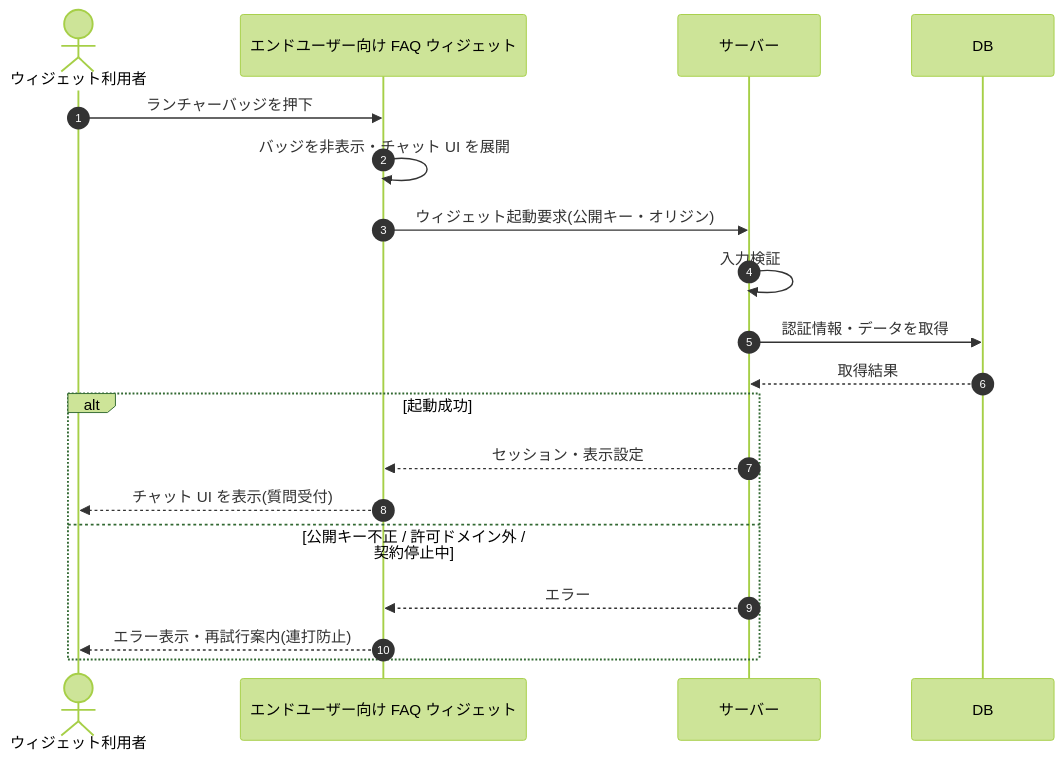
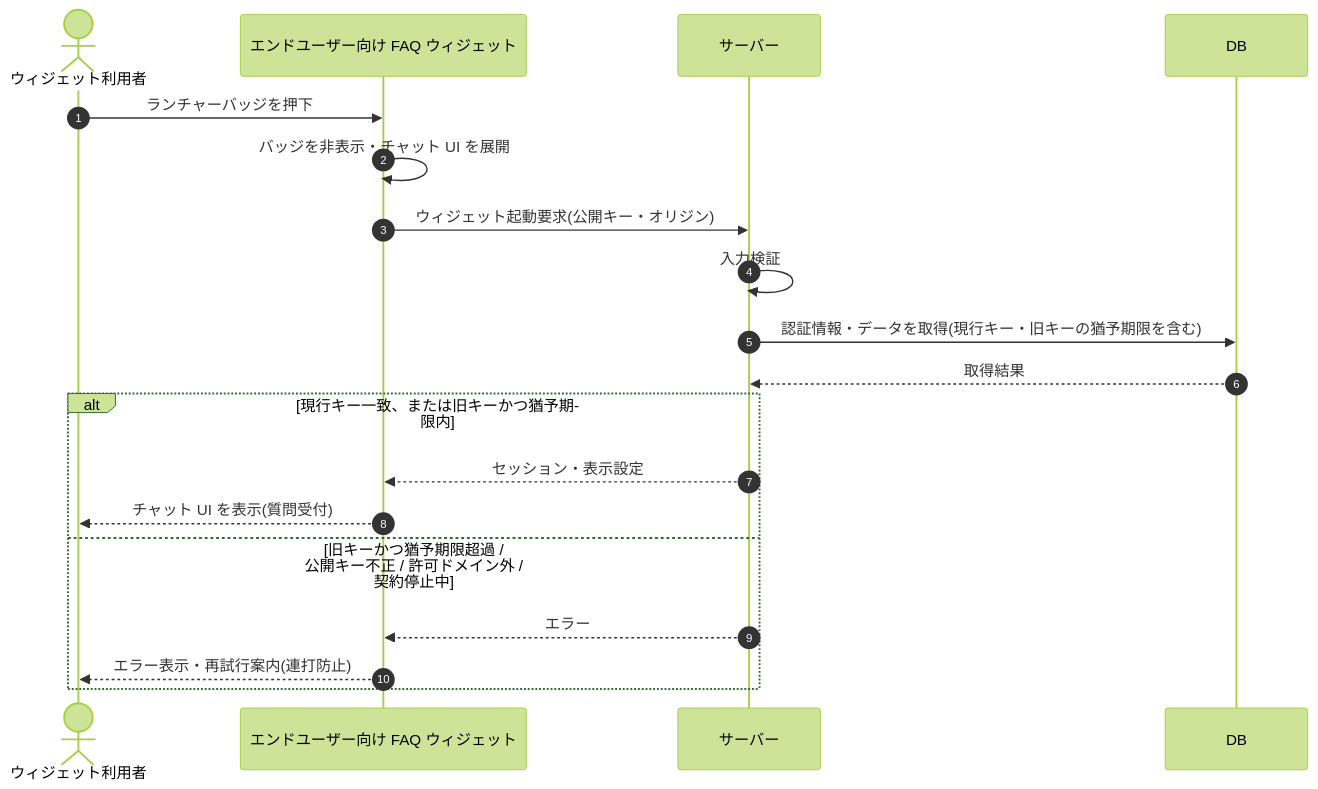
One commit to sikakou54/open-faq changed the diagram in 02_basic_design/03_sequences/SEQ-087.md. Above: the diagram before and after it, drawn with Mermaid (forest theme). The commit also changed other lines of this file and 66 other files, not shown here.

````diff
--- a/02_basic_design/03_sequences/SEQ-087.md
+++ b/02_basic_design/03_sequences/SEQ-087.md
@@ -24,21 +24,21 @@
 ```mermaid
 sequenceDiagram
   autonumber
   actor U as ウィジェット利用者
   participant Screen as エンドユーザー向け FAQ ウィジェット
   participant Server as サーバー
   participant DB as DB
   U->>Screen: ランチャーバッジを押下
   Screen->>Screen: バッジを非表示・チャット UI を展開
   Screen->>Server: ウィジェット起動要求(公開キー・オリジン)
   Server->>Server: 入力検証
-  Server->>DB: 認証情報・データを取得
+  Server->>DB: 認証情報・データを取得(現行キー・旧キーの猶予期限を含む)
   DB-->>Server: 取得結果
-  alt 起動成功
+  alt 現行キー一致、または旧キーかつ猶予期限内
     Server-->>Screen: セッション・表示設定
     Screen-->>U: チャット UI を表示(質問受付)
-  else 公開キー不正 / 許可ドメイン外 / 契約停止中
+  else 旧キーかつ猶予期限超過 / 公開キー不正 / 許可ドメイン外 / 契約停止中
     Server-->>Screen: エラー
     Screen-->>U: エラー表示・再試行案内(連打防止)
   end
 ```
````
